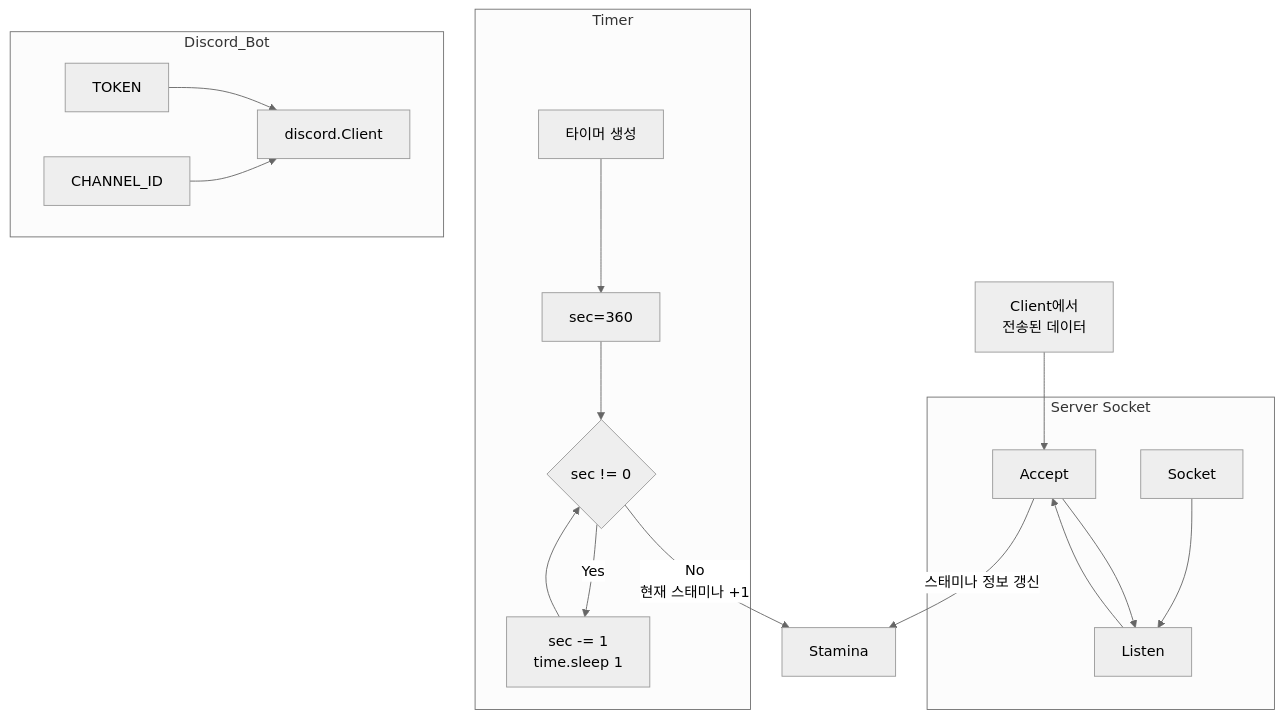
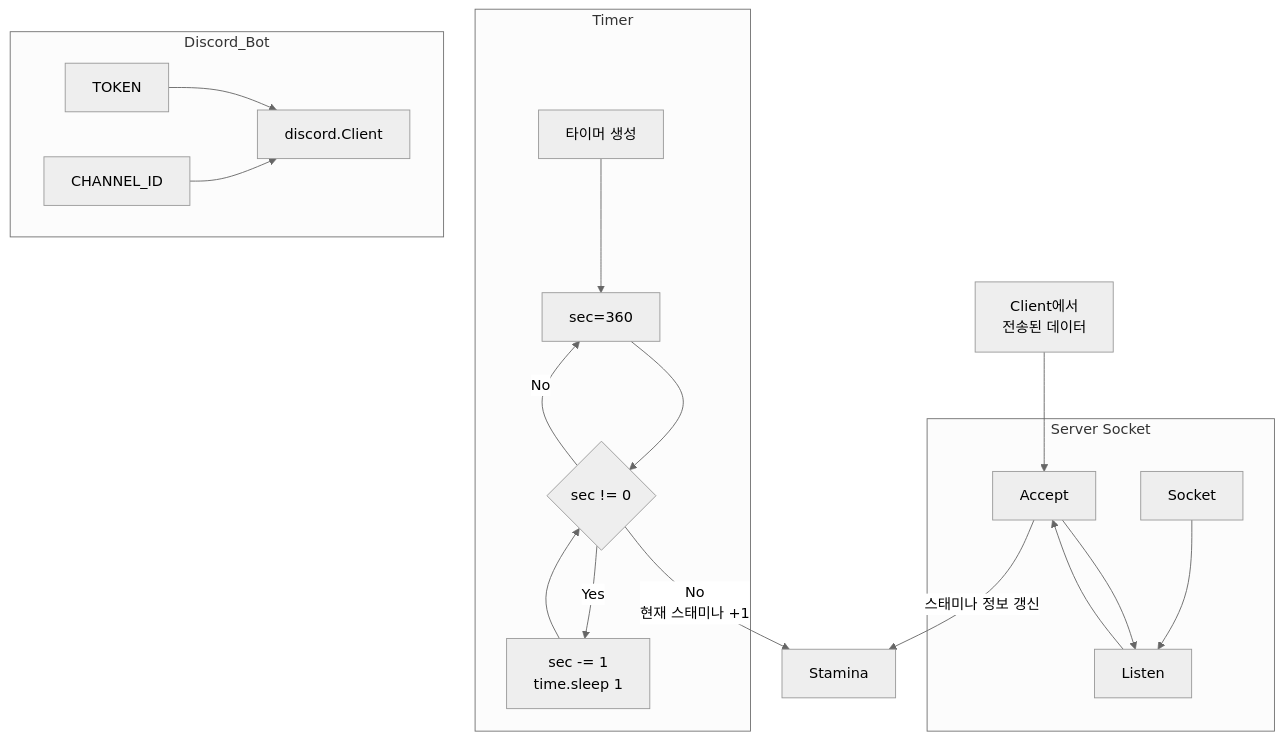
Before and after one commit to 201710808/Game-Stamina-Alarm: the third of 3 diagrams in README.md, drawn with Mermaid (neutral theme).

````diff
--- a/README.md
+++ b/README.md
@@ -55,24 +55,25 @@
 ```mermaid
 graph TB;
     data[Client에서\n전송된 데이터]-->Accept;
 
     subgraph Server Socket;
     Socket-->Listen;
     Listen-->Accept;
     end;
     Accept-->|스태미나 정보 갱신|Stamina;
     Accept-->Listen;
 
     subgraph Timer;
     timer_start[타이머 생성]-->sec;
     sec[sec=360]-->condition{sec != 0};
     condition-->|"Yes"|process_time[sec -= 1\ntime.sleep 1];
     process_time-->condition;
+    condition-->|"No"|sec;
     end;
     condition-->|"No\n현재 스태미나 +1"|Stamina;
 
     subgraph Discord_Bot;
     TOKEN-->Client[discord.Client];
     CHANNEL_ID-->Client;
     end;
 ```
````
